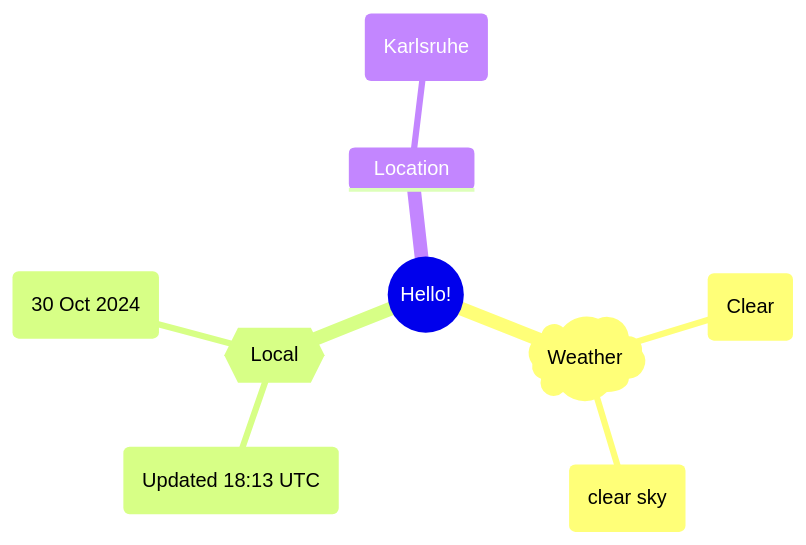
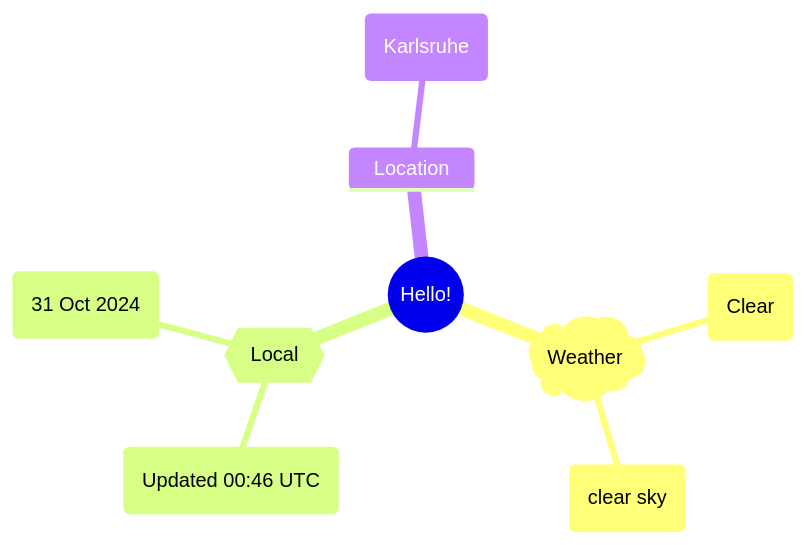
Before and after one commit to Xosrov/Xosrov: the first of 2 diagrams in README.md, drawn with Mermaid.

Commit message:
[bot] updated images

````diff
--- a/README.md
+++ b/README.md
@@ -3,12 +3,12 @@
 ```mermaid
 mindmap
   root((Hello!))
     )Weather(
         (Clear)
         (clear sky)
     {{Local}}
-        (Updated 18:13 UTC)
-        (30 Oct 2024)
+        (Updated 00:46 UTC)
+        (31 Oct 2024)
     Location
         (Karlsruhe)
 ```
````
